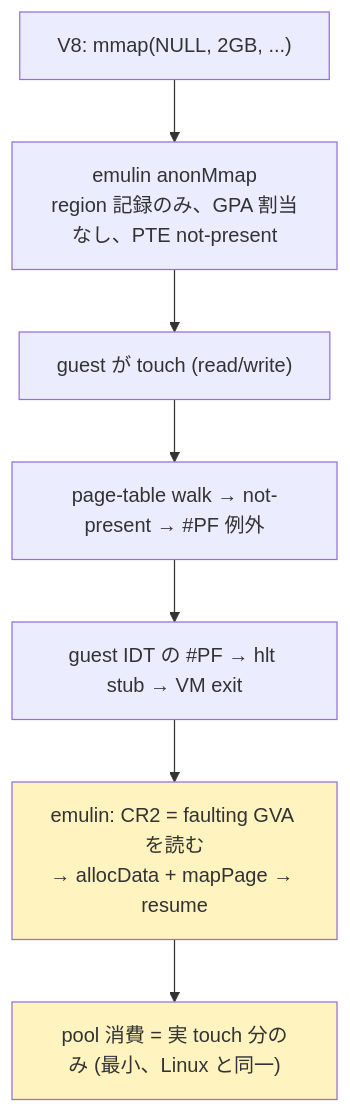
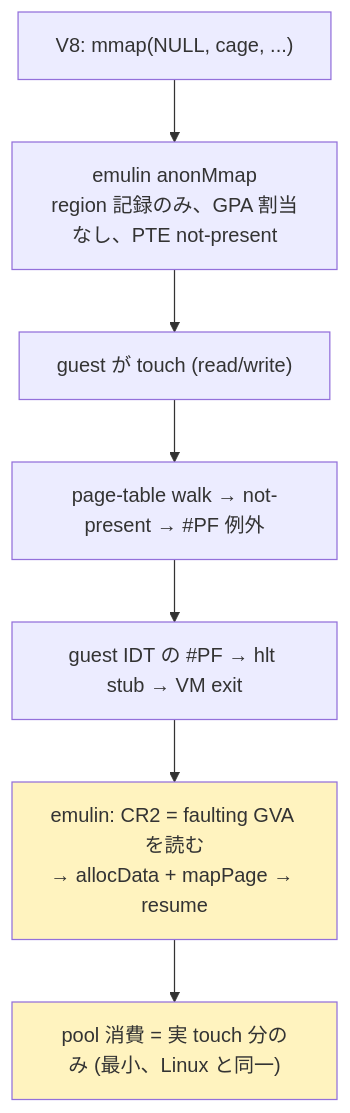
The fourth of 6 diagrams in docs/issue392-mmap-demand-paging-design.md (kiyoka/Emulin), drawn with Mermaid before and after one commit. The commit also changed other lines of this file, not shown here.

````diff
--- a/docs/issue392-mmap-demand-paging-design.md
+++ b/docs/issue392-mmap-demand-paging-design.md
@@ -90,11 +122,11 @@
 ```mermaid
 flowchart TD
-  M["V8: mmap(NULL, 2GB, ...)"] --> B1["emulin anonMmap<br/>region 記録のみ、GPA 割当なし、PTE not-present"]
+  M["V8: mmap(NULL, cage, ...)"] --> B1["emulin anonMmap<br/>region 記録のみ、GPA 割当なし、PTE not-present"]
   B1 --> T["guest が touch (read/write)"]
   T --> PF["page-table walk → not-present → #PF 例外"]
   PF --> EX["guest IDT の #PF → hlt stub → VM exit"]
   EX --> B2["emulin: CR2 = faulting GVA を読む<br/>→ allocData + mapPage → resume"]
   B2 --> OK["pool 消費 = 実 touch 分のみ (最小、Linux と同一)"]
   style B2 fill:#fff3bf
   style OK fill:#fff3bf
 ```
````
